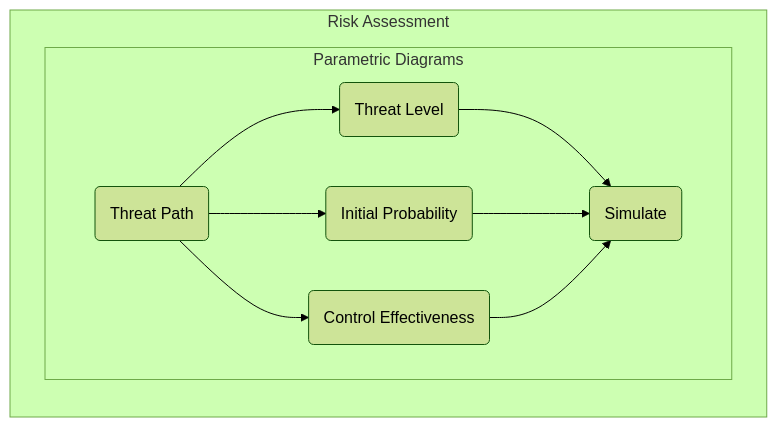
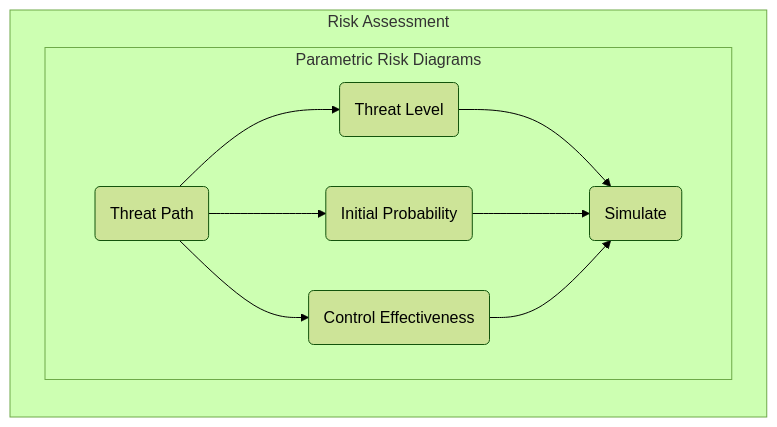
Before and after one commit to stuartfowler/CEMT: the third of 4 diagrams in Documentation/risk.md, drawn with Mermaid (forest theme). The commit also changed other lines of this file and 23 other files, not shown here.

````diff
--- a/Documentation/risk.md
+++ b/Documentation/risk.md
@@ -96,17 +131,17 @@
 ```mermaid
 flowchart TB
   subgraph RA["Risk Assessment"]
     direction TB
-    subgraph 7["Parametric Diagrams"]
+    subgraph 7["Parametric Risk Diagrams"]
       7a("Threat Path") --> 7b("Threat Level") --> 7e("Simulate")
       7a --> 7c("Initial Probability") --> 7e
       7a --> 7d("Control Effectiveness") --> 7e
     end
   end
 
   click 7a "https://github.com/stuartfowler/CEMT/blob/main/Documentation/risk.md#threat-path" "Threat Paths"
   click 7b "https://github.com/stuartfowler/CEMT/blob/main/Documentation/risk.md#threat-level" "Threat Levels"
   click 7c "https://github.com/stuartfowler/CEMT/blob/main/Documentation/risk.md#initial-probability" "Initial Probability"
   click 7d "https://github.com/stuartfowler/CEMT/blob/main/Documentation/risk.md#control-effectiveness" "Control Effectiveness"
   click 7e "https://github.com/stuartfowler/CEMT/blob/main/Documentation/risk.md#simulate" "Simulation"
 ```
````
